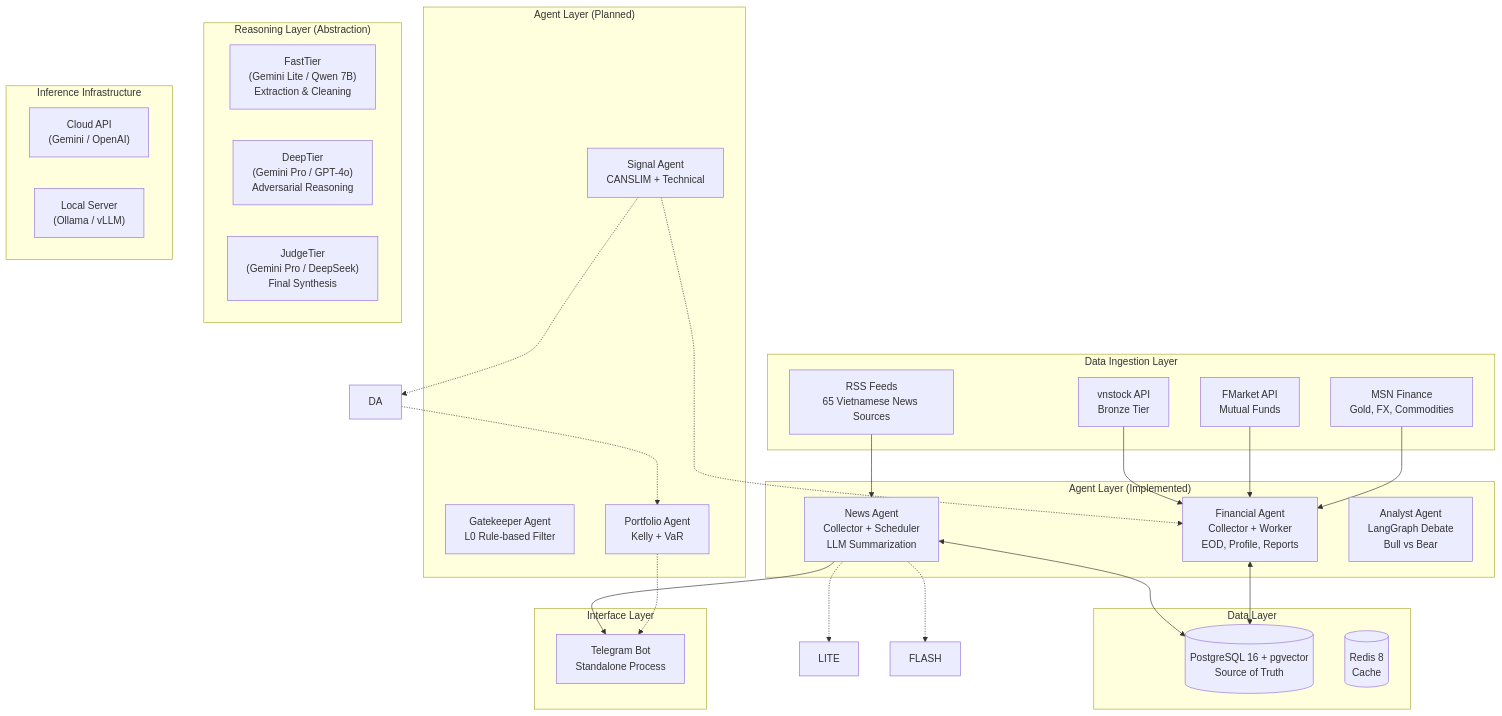
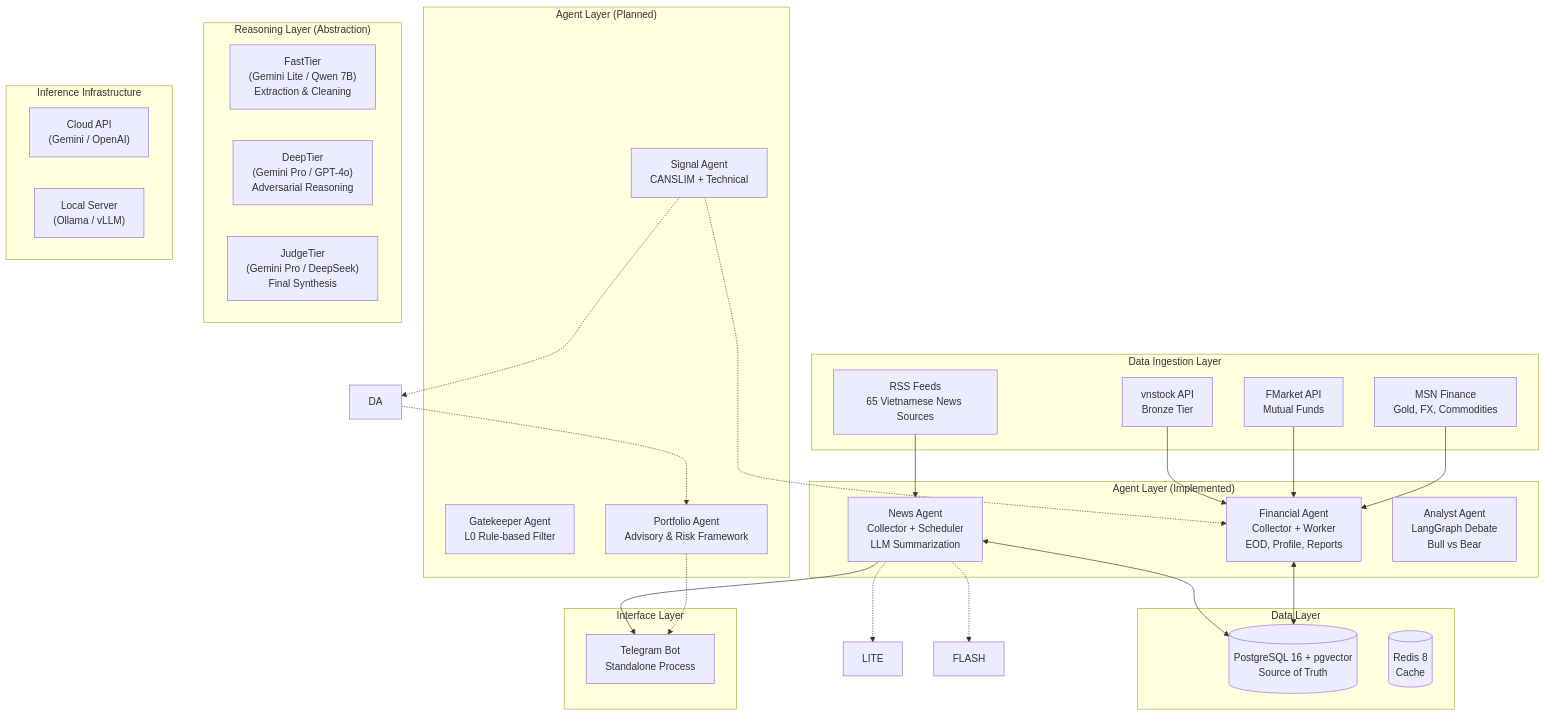
Before and after one commit to nqhuy44/xalpha-researcher: the first of 2 diagrams in docs/ARCHITECTURE.md, drawn with Mermaid. The commit also changed other lines of this file and 100 other files, not shown here.

````diff
--- a/docs/ARCHITECTURE.md
+++ b/docs/ARCHITECTURE.md
@@ -19,57 +19,57 @@
 ```mermaid
 graph TB
     subgraph "Data Ingestion Layer"
         VS[vnstock API<br/>Bronze Tier]
         RSS[RSS Feeds<br/>65 Vietnamese News Sources]
         FM[FMarket API<br/>Mutual Funds]
         MSN[MSN Finance<br/>Gold, FX, Commodities]
     end
 
     subgraph "Agent Layer (Implemented)"
         NA["News Agent<br/>Collector + Scheduler<br/>LLM Summarization"]
         FA["Financial Agent<br/>Collector + Worker<br/>EOD, Profile, Reports"]
         AA["Analyst Agent<br/>LangGraph Debate<br/>Bull vs Bear"]
     end
 
     subgraph "Agent Layer (Planned)"
         GK["Gatekeeper Agent<br/>L0 Rule-based Filter"]
         SA["Signal Agent<br/>CANSLIM + Technical"]
-        PA["Portfolio Agent<br/>Kelly + VaR"]
+        PA["Portfolio Agent<br/>Advisory & Risk Framework"]
     end
 
     subgraph "Reasoning Layer (Abstraction)"
         FAST["FastTier<br/>(Gemini Lite / Qwen 7B)<br/>Extraction & Cleaning"]
         DEEP["DeepTier<br/>(Gemini Pro / GPT-4o)<br/>Adversarial Reasoning"]
         JUDGE["JudgeTier<br/>(Gemini Pro / DeepSeek)<br/>Final Synthesis"]
     end
 
     subgraph "Inference Infrastructure"
         CLOUD["Cloud API<br/>(Gemini / OpenAI)"]
         LOCAL["Local Server<br/>(Ollama / vLLM)"]
     end
 
     subgraph "Data Layer"
         PG[("PostgreSQL 16 + pgvector<br/>Source of Truth")]
         RD[("Redis 8<br/>Cache")]
     end
 
     subgraph "Interface Layer"
         TG["Telegram Bot<br/>Standalone Process"]
     end
 
     VS --> FA
     RSS --> NA
     FM --> FA
     MSN --> FA
 
     NA -.-> LITE
     NA -.-> FLASH
 
     NA & FA <--> PG
     NA --> TG
 
     SA -.-> FA
     SA -.-> DA
     DA -.-> PA
     PA -.-> TG
 ```
````
